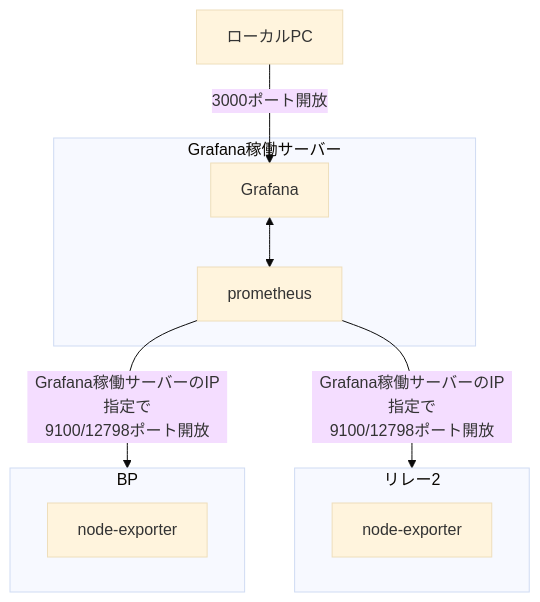
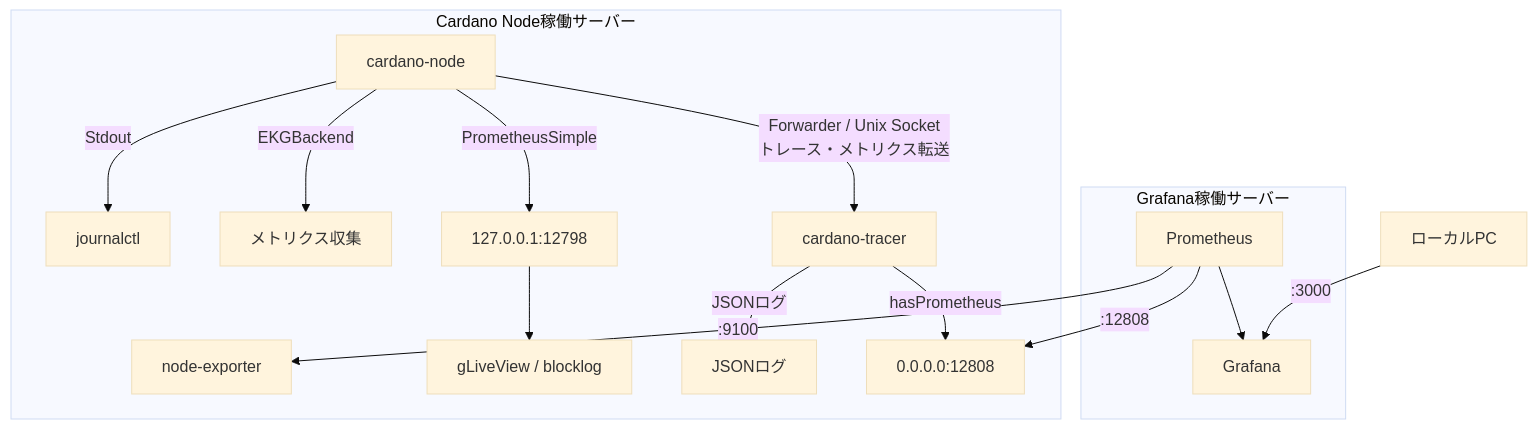
Before and after one commit to kuhito-inc/spojapanguild: the diagram in content/docs/cardano/setup/monitoring-setup.mdx, drawn with Mermaid (base theme). The commit also changed other lines of this file and 19 other files, not shown here.

````diff
--- a/content/docs/cardano/setup/monitoring-setup.mdx
+++ b/content/docs/cardano/setup/monitoring-setup.mdx
@@ -15,14 +27,31 @@
 ```mermaid
-    flowchart TB
-        bp[ローカルPC] -- 3000ポート開放 --> a1[Grafana] 
-        a2[prometheus] -- Grafana稼働サーバーのIP指定で<br />9100/12798ポート開放 --> ide2[BP] & ide3[リレー2]
-        subgraph ide1[Grafana稼働サーバー]
-            a1[Grafana] <--> a2[prometheus]
-        end
-        subgraph ide2[BP]
-            a3[node-exporter]
-        end
-        subgraph ide3[リレー2]
-            a4[node-exporter]
-        end
+flowchart TB
+    pc[ローカルPC]
+
+    subgraph monitor[Grafana稼働サーバー]
+        prometheus[Prometheus]
+        grafana[Grafana]
+
+        prometheus --> grafana
+    end
+
+    subgraph node[Cardano Node稼働サーバー]
+        cardano[cardano-node]
+        exporter[node-exporter]
+
+        cardano -->|Stdout| journal[journalctl]
+        cardano -->|EKGBackend| metrics[メトリクス収集]
+        cardano -->|PrometheusSimple| nodeprom["127.0.0.1:12798"]
+        cardano -->|"Forwarder / Unix Socket<br/>トレース・メトリクス転送"| tracer[cardano-tracer]
+
+        nodeprom --> tools["gLiveView / blocklog"]
+
+        tracer -->|JSONログ| json[JSONログ]
+        tracer -->|hasPrometheus| tracerprom["0.0.0.0:12808"]
+    end
+
+    pc -->|":3000"| grafana
+
+    prometheus -->|":9100"| exporter
+    prometheus -->|":12808"| tracerprom
 ```
````
